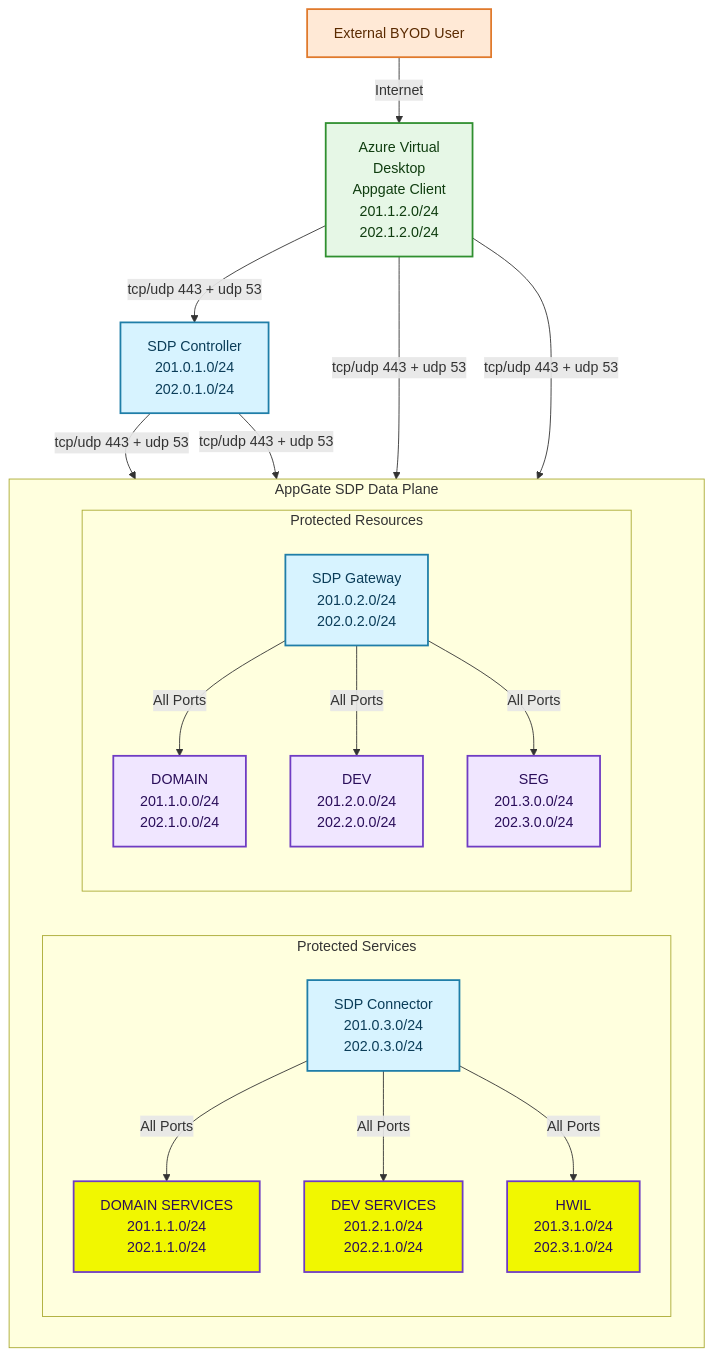
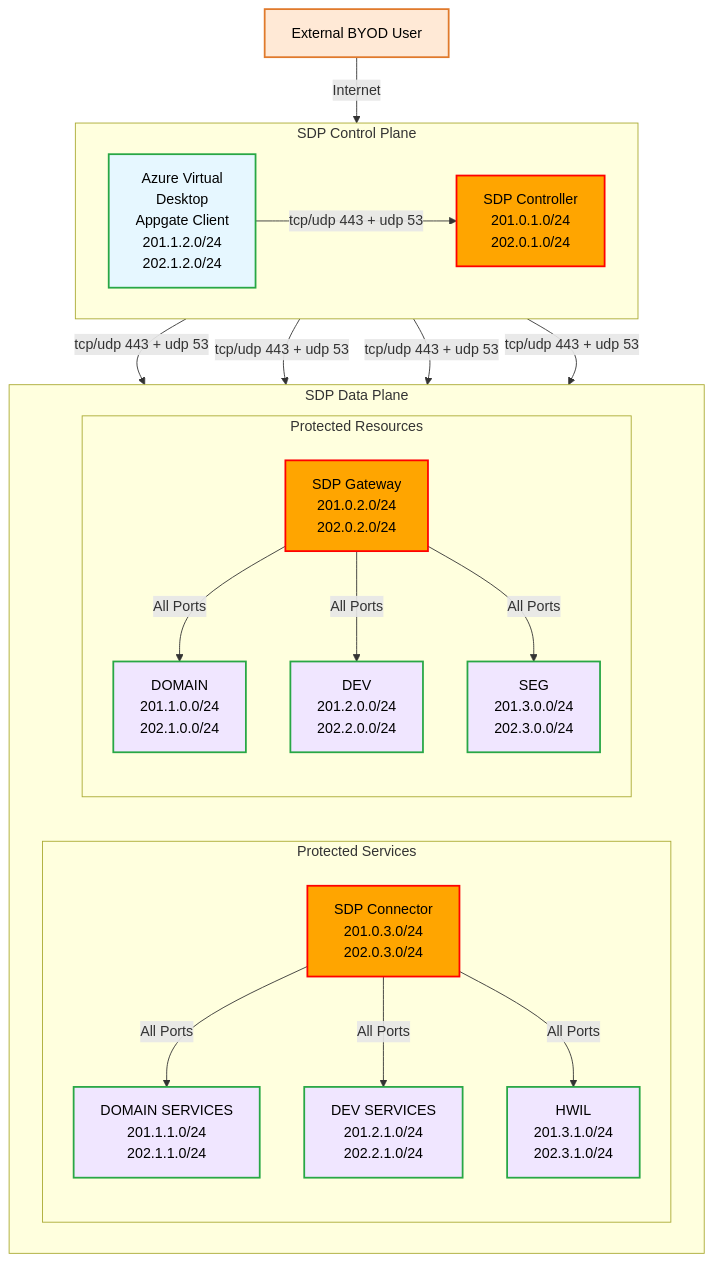
One commit to cantrellr/vyos-appgate-dren-lab changed the diagram in diagrams/appgate-flows-2.mmd. Above: the diagram before and after it, drawn with Mermaid. The commit also changed 1 other file, not shown here.

Commit message:
Refactor AppGate flowchart to enhance clarity and update class definitions

```diff
--- a/diagrams/appgate-flows-2.mmd
+++ b/diagrams/appgate-flows-2.mmd
@@ -1,52 +1,57 @@
 flowchart TB
   BYOD[External BYOD User]
+  subgraph CONTROL_PLANE[SDP Control Plane]
+    direction LR
   AVD[Azure Virtual<br>Desktop<br>Appgate Client<br>201.1.2.0/24<br>202.1.2.0/24]
   CTRL[SDP Controller<br>201.0.1.0/24<br>202.0.1.0/24]
+  end
 
-  subgraph DATA_PLANE[AppGate SDP Data Plane]
+  subgraph DATA_PLANE[SDP Data Plane]
     direction LR
     subgraph GW2_LANE[Protected Services]
       direction TB
       GW2[SDP Connector<br>201.0.3.0/24<br>202.0.3.0/24]
       DOMSVC[DOMAIN SERVICES<br>201.1.1.0/24<br>202.1.1.0/24]
       DEVSVC[DEV SERVICES<br>201.2.1.0/24<br>202.2.1.0/24]
       HWIL[HWIL<br>201.3.1.0/24<br>202.3.1.0/24]
     end
+
     subgraph GW1_LANE[Protected Resources]
       direction TB
       GW1[SDP Gateway<br>201.0.2.0/24<br>202.0.2.0/24]
       DOMAIN[DOMAIN<br>201.1.0.0/24<br>202.1.0.0/24]
       DEV[DEV<br>201.2.0.0/24<br>202.2.0.0/24]
       SEG[SEG<br>201.3.0.0/24<br>202.3.0.0/24]
     end
   end
+
 
   BYOD -->|Internet| AVD
   AVD -->|tcp/udp 443 + udp 53| CTRL
   AVD -->|tcp/udp 443 + udp 53| GW2
   CTRL -->|tcp/udp 443 + udp 53| GW1
   AVD -->|tcp/udp 443 + udp 53| GW1
   CTRL -->|tcp/udp 443 + udp 53| GW2
 
   GW1 -->|All Ports| DOMAIN
   GW1 -->|All Ports| DEV
   GW1 -->|All Ports| SEG
 
   GW2 -->|All Ports| DOMSVC
   GW2 -->|All Ports| DEVSVC
   GW2 -->|All Ports| HWIL
 
-  class CTRL,GW1,GW2 sdp
-  classDef sdp fill:#d7f3ff,stroke:#1f7ea8,stroke-width:2px,color:#0b3d59
+  class CTRL,GW1,GW2 sdpc
+  classDef sdpc fill:#FFA500,stroke:#FF0000,stroke-width:2px,color:#000000
 
   class BYOD enduser
-  classDef enduser fill:#ffe9d6,stroke:#e07a2c,stroke-width:2px,color:#5a2a00
+  classDef enduser fill:#ffe9d6,stroke:#e07a2c,stroke-width:2px,color:#000000
 
   class AVD client
-  classDef client fill:#e6f7e6,stroke:#2f8f2f,stroke-width:2px,color:#0f3d0f
+  classDef client fill:#e6f7ff,stroke:#28a745,stroke-width:2px,color:#000000
 
-  class DOMAIN,DEV,SEG sdpg
-  classDef sdpg fill:#f0e6ff,stroke:#6f3cc3,stroke-width:2px,color:#2a0e5a
+  class DOMAIN,DEV,SEG sdpgsvc
+  classDef sdpgsvc fill:#f0e6ff,stroke:#28a745,stroke-width:2px,color:#000000
 
-  class DOMSVC,DEVSVC,HWIL sdpt
-  classDef sdpt fill:#f1f700,stroke:#6f3cc3,stroke-width:2px,color:#2a0e5a
+  class DOMSVC,DEVSVC,HWIL sdptsvc
+  classDef sdptsvc fill:#f0e6ff,stroke:#28a745,stroke-width:2px,color:#000000
```
